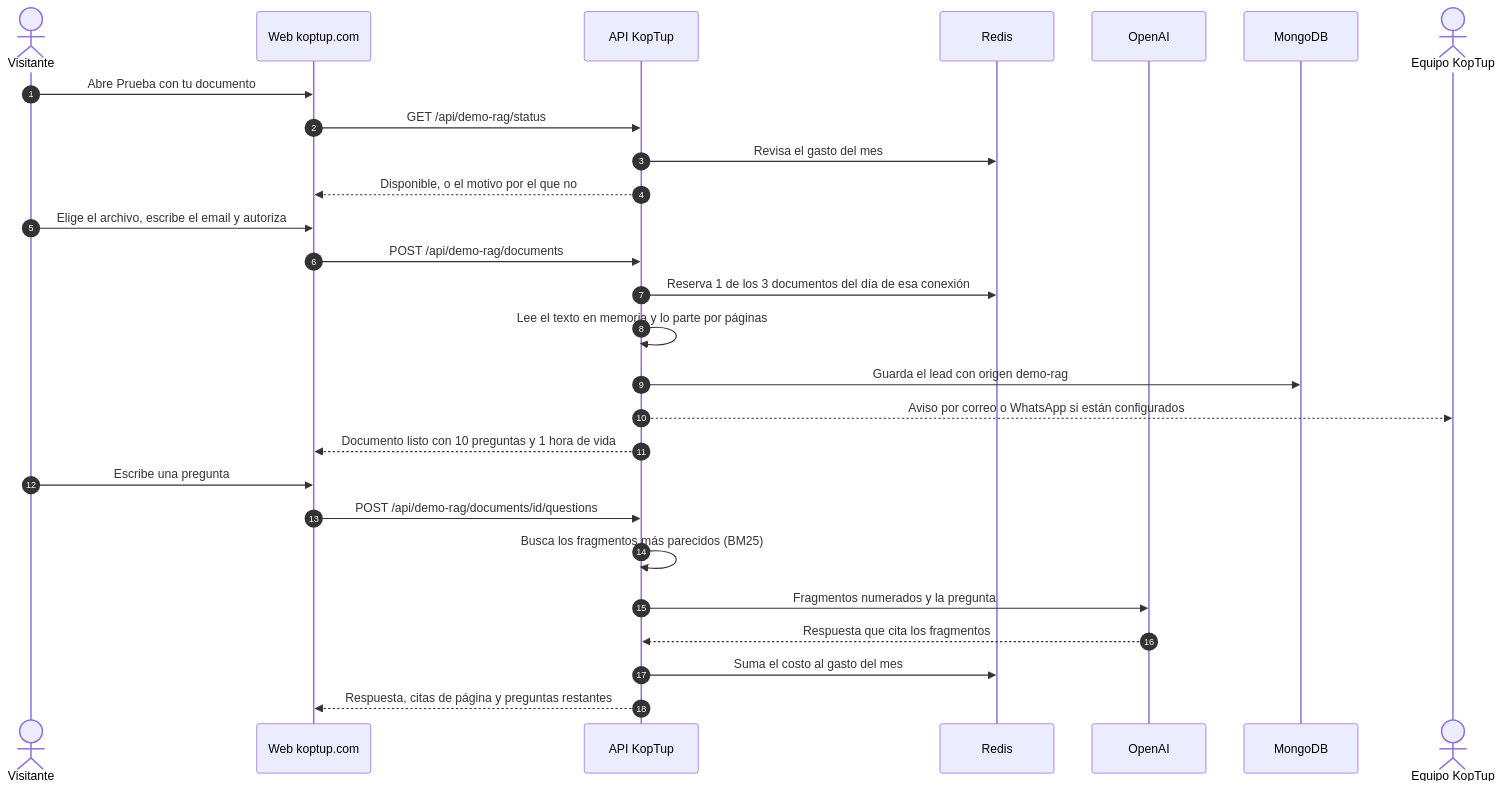
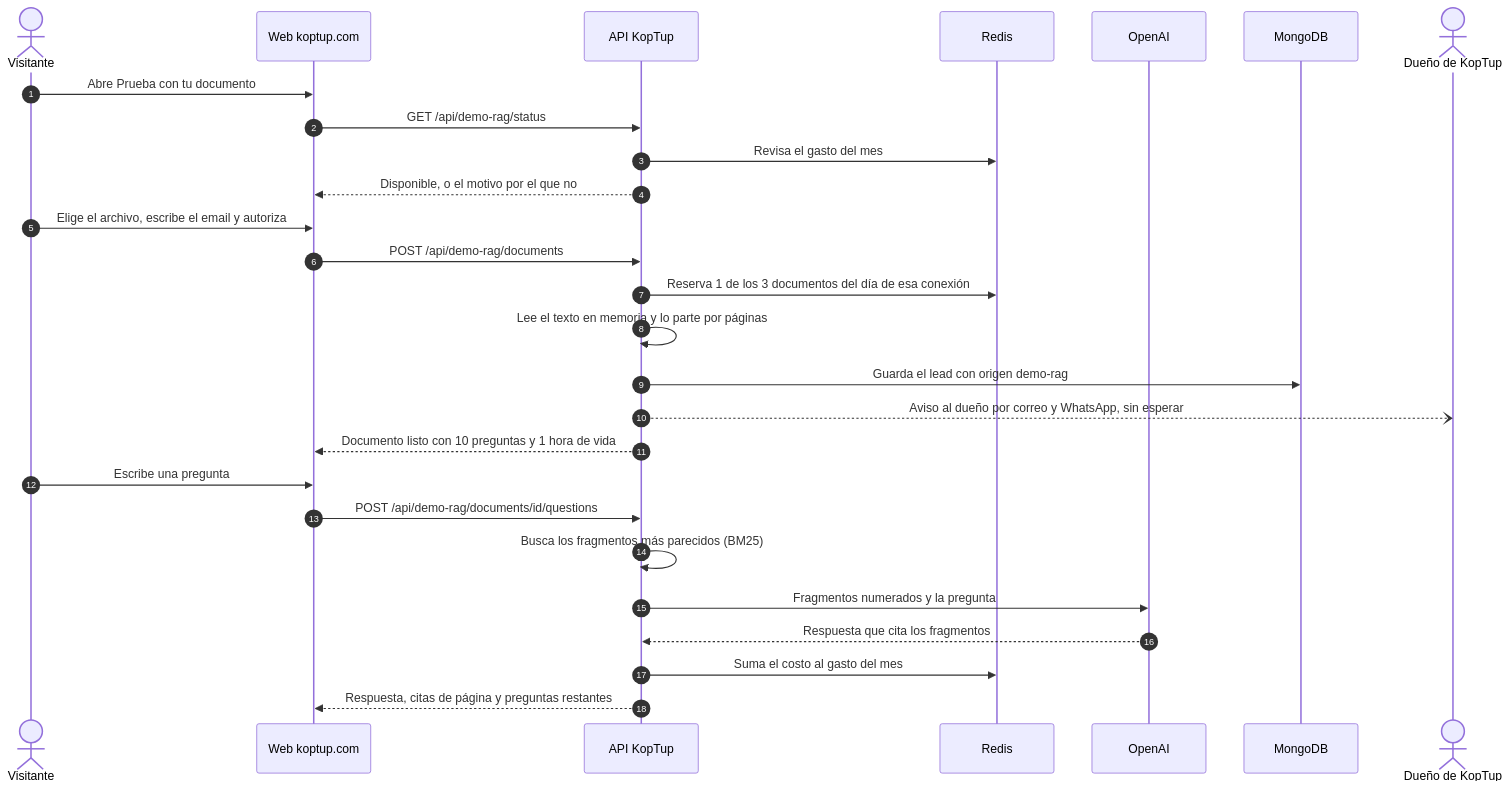
Before and after one commit to ronalc90/koptup: the fourth of 9 diagrams in docs/wiki/Doc-04-Flujos-del-Visitante.md, drawn with Mermaid. The commit also changed other lines of this file and 45 other files, not shown here.

First line of the commit message:
docs(avisos): configuración de Resend y de la plantilla de WhatsApp, operación y wiki

````diff
--- a/docs/wiki/Doc-04-Flujos-del-Visitante.md
+++ b/docs/wiki/Doc-04-Flujos-del-Visitante.md
@@ -274,29 +274,29 @@
 ```mermaid
 sequenceDiagram
     autonumber
     actor V as Visitante
     participant W as Web koptup.com
     participant A as API KopTup
     participant R as Redis
     participant O as OpenAI
     participant M as MongoDB
-    actor E as Equipo KopTup
+    actor E as Dueño de KopTup
     V->>W: Abre Prueba con tu documento
     W->>A: GET /api/demo-rag/status
     A->>R: Revisa el gasto del mes
     A-->>W: Disponible, o el motivo por el que no
     V->>W: Elige el archivo, escribe el email y autoriza
     W->>A: POST /api/demo-rag/documents
     A->>R: Reserva 1 de los 3 documentos del día de esa conexión
     A->>A: Lee el texto en memoria y lo parte por páginas
     A->>M: Guarda el lead con origen demo-rag
-    A-->>E: Aviso por correo o WhatsApp si están configurados
+    A--)E: Aviso al dueño por correo y WhatsApp, sin esperar
     A-->>W: Documento listo con 10 preguntas y 1 hora de vida
     V->>W: Escribe una pregunta
     W->>A: POST /api/demo-rag/documents/id/questions
     A->>A: Busca los fragmentos más parecidos (BM25)
     A->>O: Fragmentos numerados y la pregunta
     O-->>A: Respuesta que cita los fragmentos
     A->>R: Suma el costo al gasto del mes
     A-->>W: Respuesta, citas de página y preguntas restantes
 ```
````
